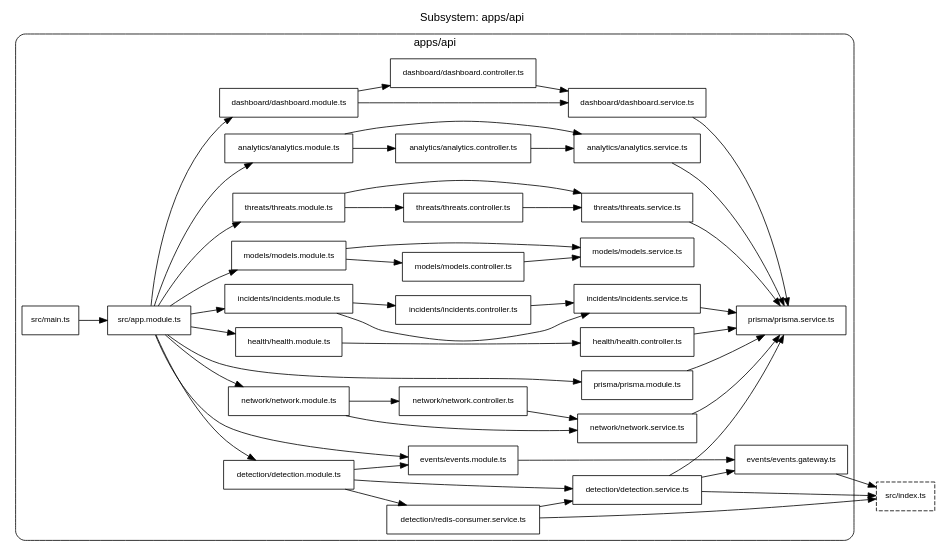
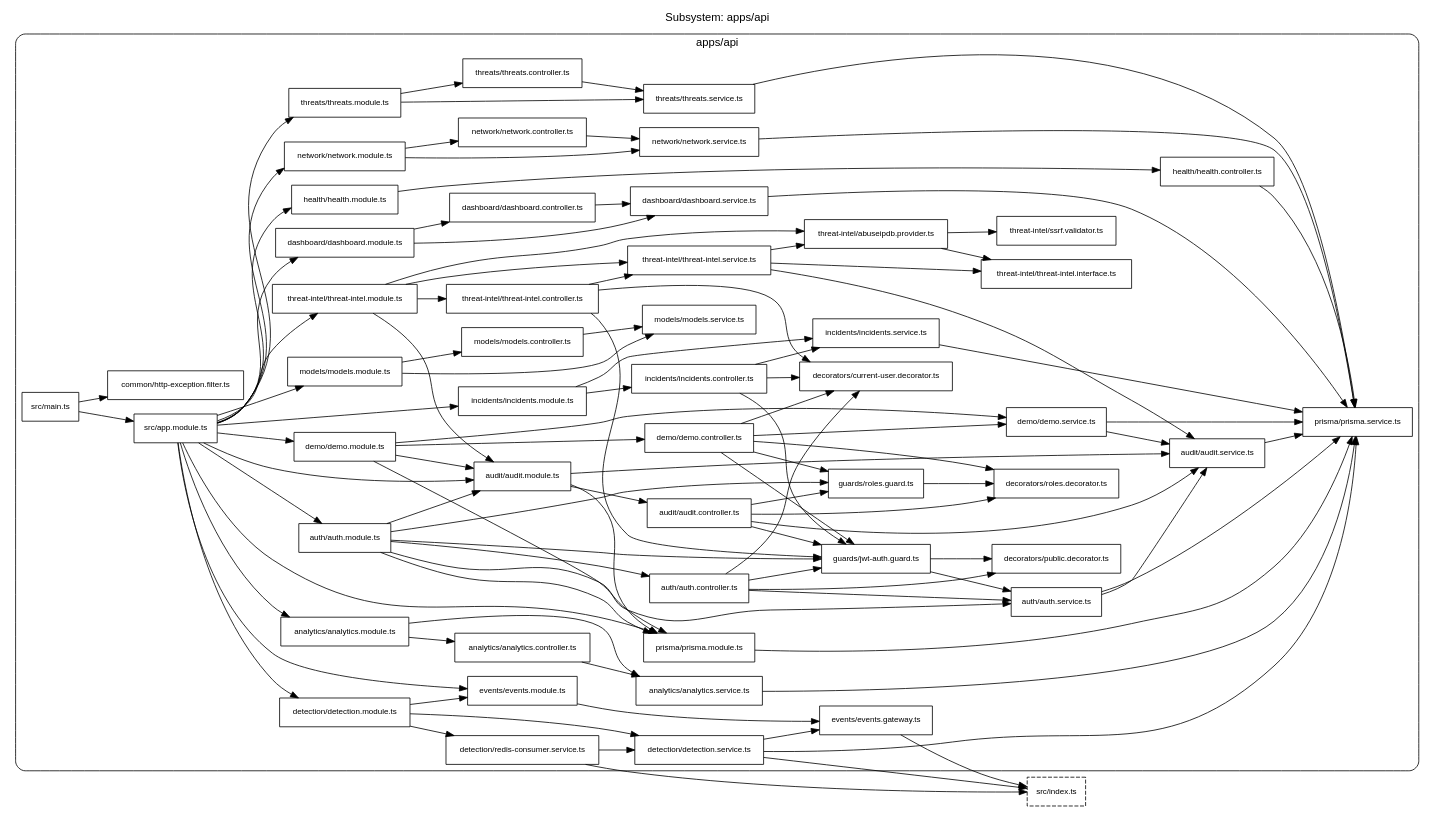
Before and after one commit to ErdemYy/NetSentry: the diagram in .ai/graph/views/subsystem-apps-api-73776e.dot, drawn with Graphviz. The commit also changed 63 other files, not shown here.

```diff
--- a/.ai/graph/views/subsystem-apps-api-73776e.dot
+++ b/.ai/graph/views/subsystem-apps-api-73776e.dot
@@ -1,85 +1,159 @@
 digraph "project_intel" {
   graph [rankdir=LR, fontname="Helvetica", labelloc=t, label="Subsystem: apps/api"];
   node [shape=box, fontname="Helvetica", fontsize=10];
   edge [fontname="Helvetica", fontsize=9];
   subgraph cluster_73776ec8 {
     label="apps/api"; style=rounded;
     nbc402317 [label="prisma/prisma.service.ts"];
+    n8b379050 [label="guards/jwt-auth.guard.ts"];
+    n5bab0237 [label="audit/audit.service.ts"];
+    n54d88857 [label="audit/audit.module.ts"];
+    n579389a6 [label="decorators/current-user.decorator.ts"];
+    n114ee72c [label="prisma/prisma.module.ts"];
+    n2cd82bb0 [label="auth/auth.service.ts"];
+    n687abe97 [label="decorators/roles.decorator.ts"];
+    n10dcf1c3 [label="guards/roles.guard.ts"];
     nf8659a2d [label="detection/detection.service.ts"];
     nc1f9e778 [label="analytics/analytics.service.ts"];
     nec28db8b [label="src/app.module.ts"];
+    n231a92c8 [label="decorators/public.decorator.ts"];
     nbefaacfa [label="dashboard/dashboard.service.ts"];
+    n9cd1861c [label="demo/demo.service.ts"];
     n0808c694 [label="events/events.gateway.ts"];
     n854d837f [label="events/events.module.ts"];
     n9f58736f [label="incidents/incidents.service.ts"];
     na7a21d03 [label="models/models.service.ts"];
     n78a15e2a [label="network/network.service.ts"];
+    n31181e3d [label="threat-intel/abuseipdb.provider.ts"];
+    n5a693d0b [label="threat-intel/threat-intel.interface.ts"];
+    nf3756aef [label="threat-intel/threat-intel.service.ts"];
     naaa520a3 [label="threats/threats.service.ts"];
     n08739fc6 [label="analytics/analytics.controller.ts"];
     n80d293cc [label="analytics/analytics.module.ts"];
+    na2202f27 [label="audit/audit.controller.ts"];
+    na8d494a4 [label="auth/auth.controller.ts"];
+    na6578adb [label="auth/auth.module.ts"];
+    ne0c72489 [label="common/http-exception.filter.ts"];
     nf8c41d8c [label="dashboard/dashboard.controller.ts"];
     n8d58721a [label="dashboard/dashboard.module.ts"];
+    n7fef9149 [label="demo/demo.controller.ts"];
+    n08fe0a4d [label="demo/demo.module.ts"];
     n2b19c9c0 [label="detection/detection.module.ts"];
     n08398223 [label="detection/redis-consumer.service.ts"];
     nd046f3c6 [label="health/health.controller.ts"];
     naba0fc26 [label="health/health.module.ts"];
     n2cdd41a0 [label="incidents/incidents.controller.ts"];
     n31423134 [label="incidents/incidents.module.ts"];
     nb8d636f0 [label="models/models.controller.ts"];
     na99d6583 [label="models/models.module.ts"];
     n6a55f24c [label="network/network.controller.ts"];
     n1b5fe3e4 [label="network/network.module.ts"];
-    n114ee72c [label="prisma/prisma.module.ts"];
+    n2fb193eb [label="threat-intel/ssrf.validator.ts"];
+    n3a28e24d [label="threat-intel/threat-intel.controller.ts"];
+    n61c1b9e2 [label="threat-intel/threat-intel.module.ts"];
     n6c737ab1 [label="threats/threats.controller.ts"];
     n9de70d53 [label="threats/threats.module.ts"];
     n338ea8c7 [label="src/main.ts"];
   }
   nc4a79788 [label="src/index.ts", style="dashed"];
   n08739fc6 -> nc1f9e778;
   n80d293cc -> n08739fc6;
   n80d293cc -> nc1f9e778;
   nc1f9e778 -> nbc402317;
   nec28db8b -> n80d293cc;
+  nec28db8b -> n54d88857;
+  nec28db8b -> na6578adb;
   nec28db8b -> n8d58721a;
+  nec28db8b -> n08fe0a4d;
   nec28db8b -> n2b19c9c0;
   nec28db8b -> n854d837f;
   nec28db8b -> naba0fc26;
   nec28db8b -> n31423134;
   nec28db8b -> na99d6583;
   nec28db8b -> n1b5fe3e4;
   nec28db8b -> n114ee72c;
+  nec28db8b -> n61c1b9e2;
   nec28db8b -> n9de70d53;
+  na2202f27 -> n5bab0237;
+  na2202f27 -> n687abe97;
+  na2202f27 -> n8b379050;
+  na2202f27 -> n10dcf1c3;
+  n54d88857 -> na2202f27;
+  n54d88857 -> n5bab0237;
+  n54d88857 -> n114ee72c;
+  n5bab0237 -> nbc402317;
+  na8d494a4 -> n2cd82bb0;
+  na8d494a4 -> n579389a6;
+  na8d494a4 -> n231a92c8;
+  na8d494a4 -> n8b379050;
+  na6578adb -> n54d88857;
+  na6578adb -> na8d494a4;
+  na6578adb -> n2cd82bb0;
+  na6578adb -> n8b379050;
+  na6578adb -> n10dcf1c3;
+  na6578adb -> n114ee72c;
+  n2cd82bb0 -> n5bab0237;
+  n2cd82bb0 -> nbc402317;
+  n8b379050 -> n2cd82bb0;
+  n8b379050 -> n231a92c8;
+  n10dcf1c3 -> n687abe97;
   nf8c41d8c -> nbefaacfa;
   n8d58721a -> nf8c41d8c;
   n8d58721a -> nbefaacfa;
   nbefaacfa -> nbc402317;
+  n7fef9149 -> n579389a6;
+  n7fef9149 -> n687abe97;
+  n7fef9149 -> n8b379050;
+  n7fef9149 -> n10dcf1c3;
+  n7fef9149 -> n9cd1861c;
+  n08fe0a4d -> n54d88857;
+  n08fe0a4d -> n7fef9149;
+  n08fe0a4d -> n9cd1861c;
+  n08fe0a4d -> n114ee72c;
+  n9cd1861c -> n5bab0237;
+  n9cd1861c -> nbc402317;
   n2b19c9c0 -> nf8659a2d;
   n2b19c9c0 -> n08398223;
   n2b19c9c0 -> n854d837f;
   nf8659a2d -> n0808c694;
   nf8659a2d -> nbc402317;
   nf8659a2d -> nc4a79788;
   n08398223 -> nf8659a2d;
   n08398223 -> nc4a79788;
   n0808c694 -> nc4a79788;
   n854d837f -> n0808c694;
   nd046f3c6 -> nbc402317;
   naba0fc26 -> nd046f3c6;
+  n2cdd41a0 -> n579389a6;
+  n2cdd41a0 -> n8b379050;
   n2cdd41a0 -> n9f58736f;
   n31423134 -> n2cdd41a0;
   n31423134 -> n9f58736f;
   n9f58736f -> nbc402317;
   n338ea8c7 -> nec28db8b;
+  n338ea8c7 -> ne0c72489;
   nb8d636f0 -> na7a21d03;
   na99d6583 -> nb8d636f0;
   na99d6583 -> na7a21d03;
   n6a55f24c -> n78a15e2a;
   n1b5fe3e4 -> n6a55f24c;
   n1b5fe3e4 -> n78a15e2a;
   n78a15e2a -> nbc402317;
   n114ee72c -> nbc402317;
+  n31181e3d -> n2fb193eb;
+  n31181e3d -> n5a693d0b;
+  n3a28e24d -> n579389a6;
+  n3a28e24d -> n8b379050;
+  n3a28e24d -> nf3756aef;
+  n61c1b9e2 -> n54d88857;
+  n61c1b9e2 -> n31181e3d;
+  n61c1b9e2 -> n3a28e24d;
+  n61c1b9e2 -> nf3756aef;
+  nf3756aef -> n5bab0237;
+  nf3756aef -> n31181e3d;
+  nf3756aef -> n5a693d0b;
   n6c737ab1 -> naaa520a3;
   n9de70d53 -> n6c737ab1;
   n9de70d53 -> naaa520a3;
   naaa520a3 -> nbc402317;
 }
```
